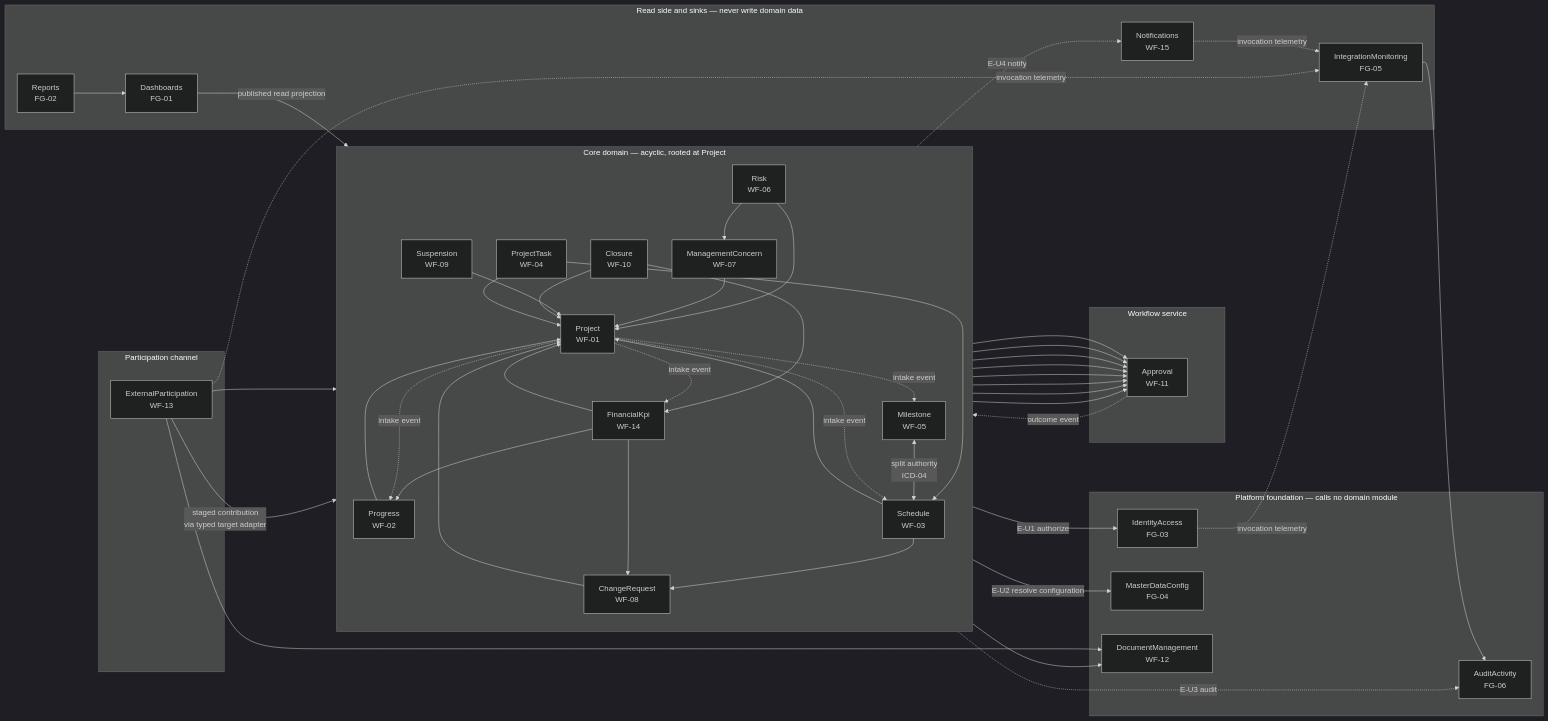
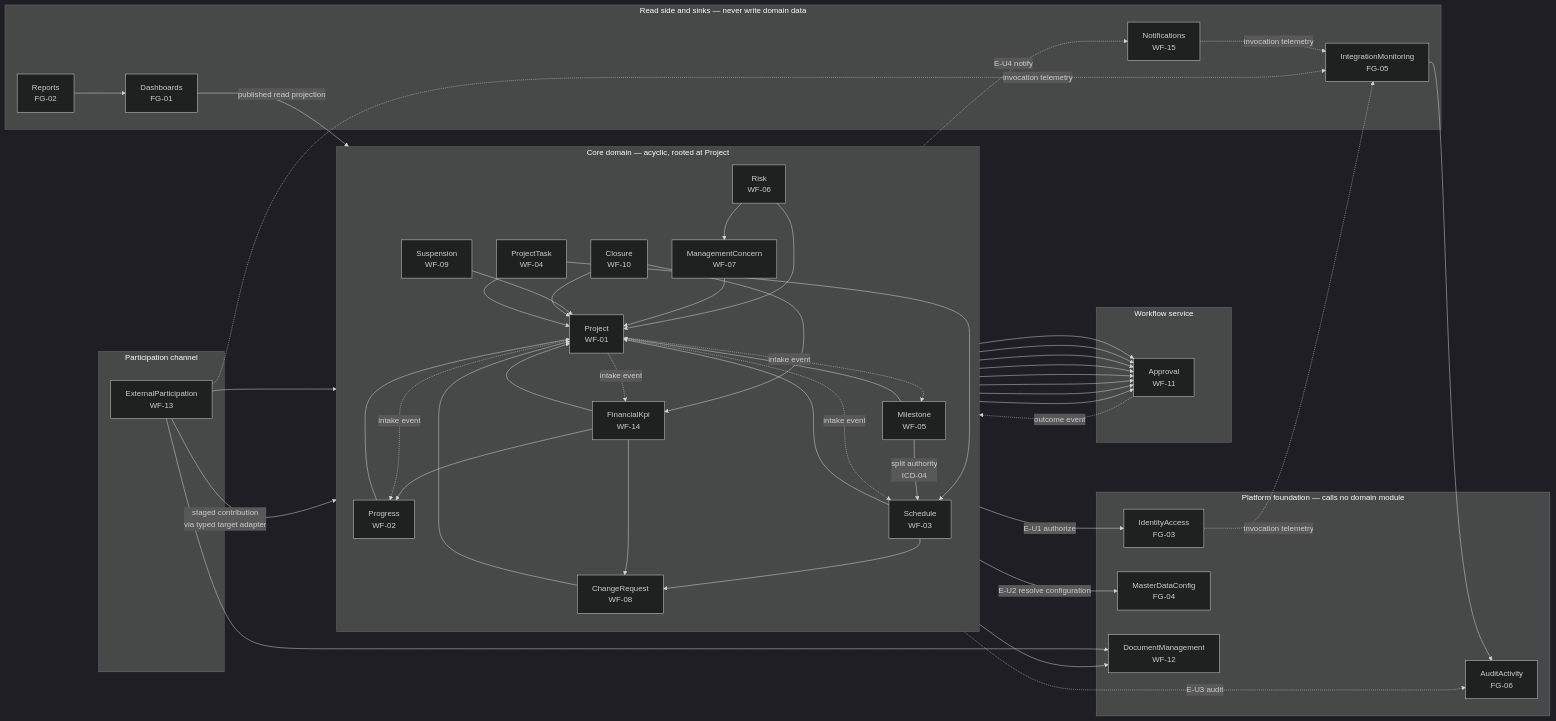
Before and after one commit to baderalhindi/ImplementW: the second of 2 diagrams in docs/architecture/solution-architecture.md, drawn with Mermaid (dark theme). The commit also changed other lines of this file and 8 other files, not shown here.

```diff
--- a/docs/architecture/solution-architecture.md
+++ b/docs/architecture/solution-architecture.md
@@ -251,7 +251,8 @@
   CLO --> PRJ
   TSK --> SCH
   TSK --> PRJ
-  MIL <-->|"split authority<br/>ICD-04"| SCH
+  MIL -->|"split authority<br/>ICD-04"| SCH
+  MIL --> PRJ
   SCH --> CHG
   FIN --> CHG
   FIN --> PRG
```
